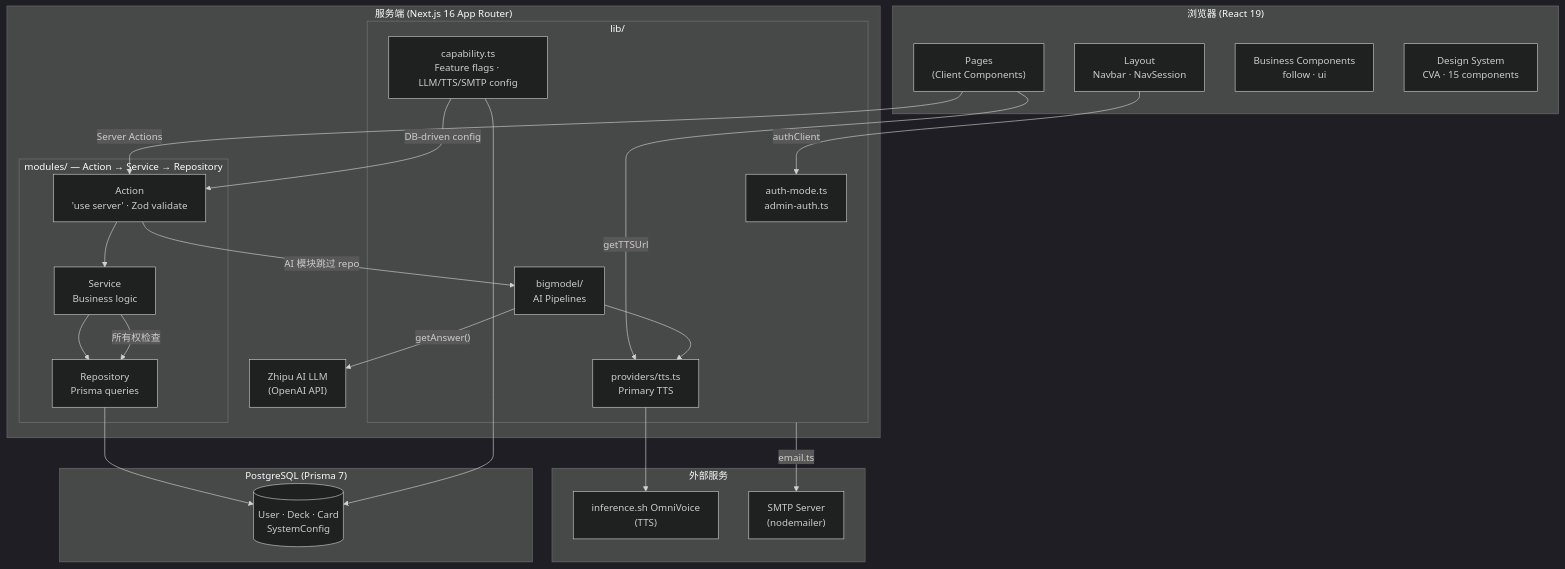
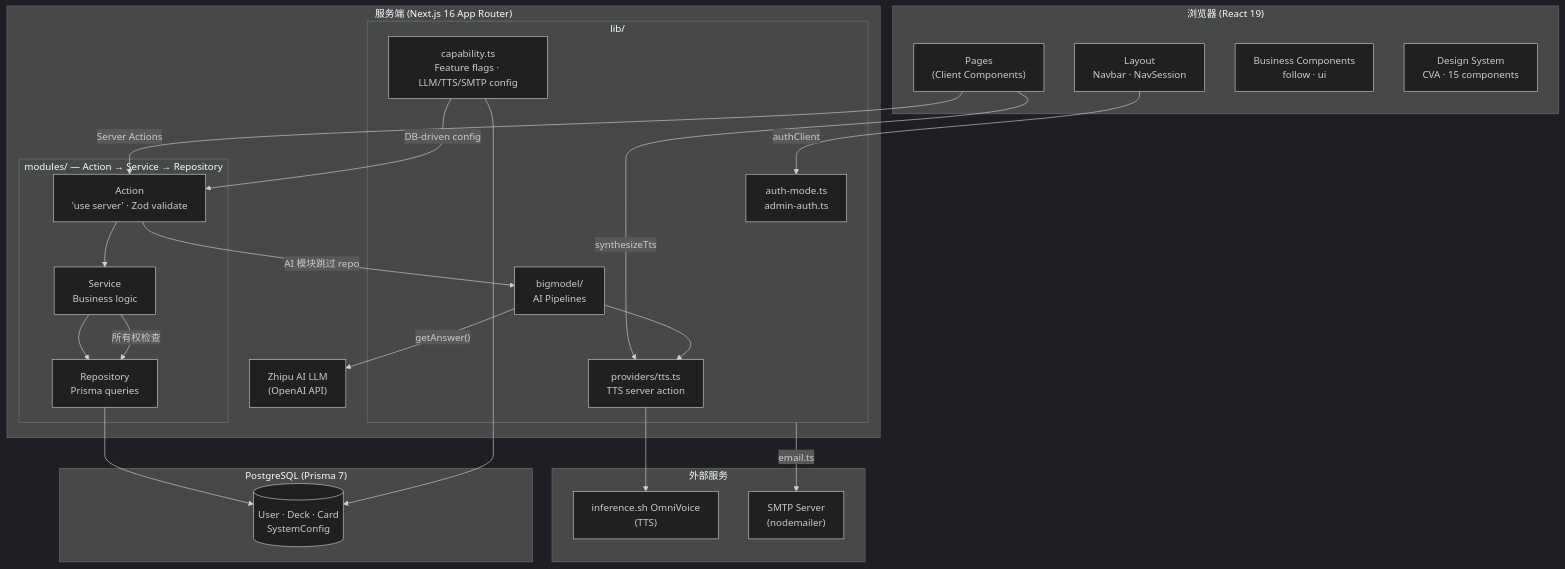
One commit to GoddoNebianU/learn-languages changed the diagram in README.zh-CN.md. Above: the diagram before and after it, drawn with Mermaid (dark theme). The commit also changed 11 other files, not shown here.

First line of the commit message:
refactor: TTS to server action — remove /api/tts route, lang param, getTTSUrl

````diff
--- a/README.zh-CN.md
+++ b/README.zh-CN.md
@@ -48,48 +48,48 @@
 ```mermaid
 graph TB
     subgraph Browser["浏览器 (React 19)"]
         Pages["Pages<br/>(Client Components)"]
         Layout["Layout<br/>Navbar · NavSession"]
         BizComps["Business Components<br/>follow · ui"]
         DS["Design System<br/>CVA · 15 components"]
     end
 
     Pages -->|"Server Actions"| Action
     Layout -->|"authClient"| AuthMod
-    Pages -->|"getTTSUrl"| TTS
+    Pages -->|"synthesizeTts"| TTS
 
     subgraph Server["服务端 (Next.js 16 App Router)"]
         subgraph Modules["modules/ — Action → Service → Repository"]
             Action["Action<br/>'use server' · Zod validate"] --> Service["Service<br/>Business logic"] --> Repository["Repository<br/>Prisma queries"]
         end
         Action -->|"AI 模块跳过 repo"| Pipelines
 
         subgraph Lib["lib/"]
             AuthMod["auth-mode.ts<br/>admin-auth.ts"]
             Cap["capability.ts<br/>Feature flags · LLM/TTS/SMTP config"]
             Pipelines["bigmodel/<br/>AI Pipelines"]
-            TTS["providers/tts.ts<br/>Primary TTS"]
+            TTS["providers/tts.ts<br/>TTS server action"]
         end
 
         Service -->|"所有权检查"| Repository
         Pipelines -->|"getAnswer()"| LLM
         Pipelines --> TTS
         Cap -->|"DB-driven config"| Action
     end
 
     Repository --> DB
     Cap --> DB
 
     subgraph Storage["PostgreSQL (Prisma 7)"]
         DB[("User · Deck · Card<br/>SystemConfig")]
     end
 
     subgraph External["外部服务"]
         LLM["Zhipu AI LLM<br/>(OpenAI API)"]
         Qwen["inference.sh OmniVoice<br/>(TTS)"]
         SMTP["SMTP Server<br/>(nodemailer)"]
     end
 
     TTS --> Qwen
     Lib -->|"email.ts"| SMTP
 ```
````
